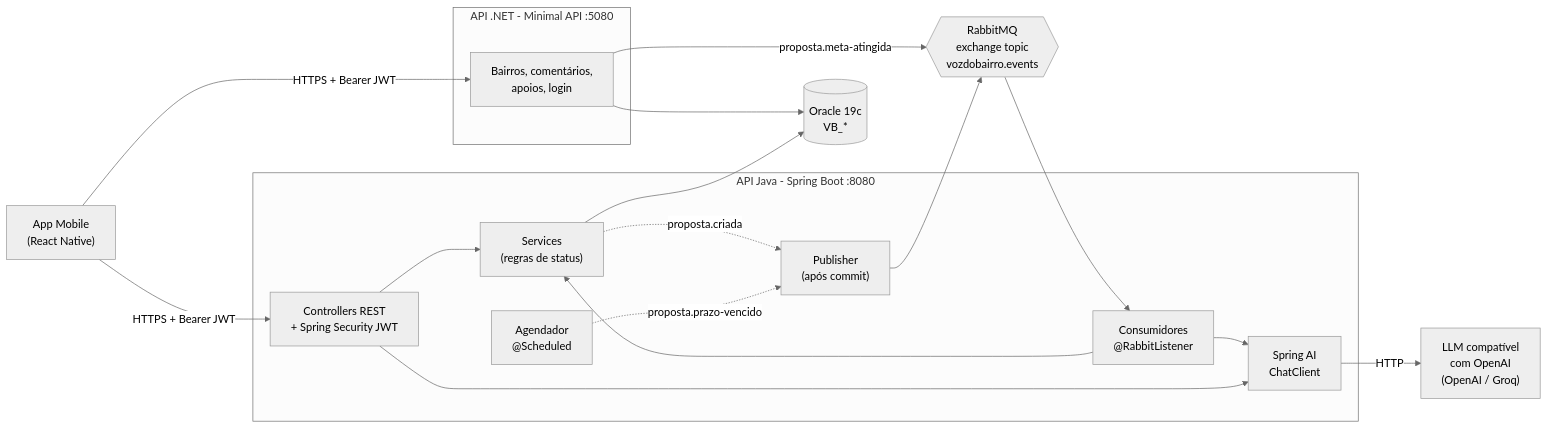
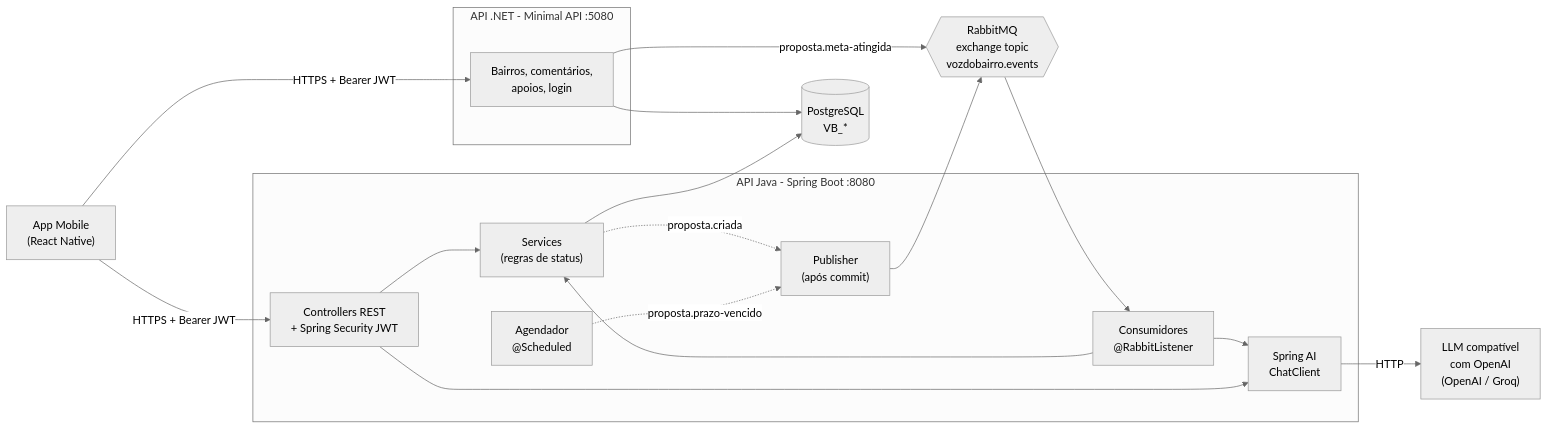
One commit to GS-Voz-Do-Bairro/voz-do-bairro-java changed the diagram in README.md. Above: the diagram before and after it, drawn with Mermaid (neutral theme). The commit also changed other lines of this file and 7 other files, not shown here.

Commit message:
Troca Oracle por PostgreSQL (schema.sql, data.sql, render.yaml com banco)

````diff
--- a/README.md
+++ b/README.md
@@ -38,35 +38,35 @@
 ```mermaid
 flowchart LR
     APP["App Mobile<br/>(React Native)"]
 
     subgraph JAVA["API Java - Spring Boot :8080"]
         JC["Controllers REST<br/>+ Spring Security JWT"]
         JS["Services<br/>(regras de status)"]
         JAI["Spring AI<br/>ChatClient"]
         JPUB["Publisher<br/>(após commit)"]
         JCON["Consumidores<br/>@RabbitListener"]
         JAG["Agendador<br/>@Scheduled"]
     end
 
     subgraph NET["API .NET - Minimal API :5080"]
         NC["Bairros, comentários,<br/>apoios, login"]
     end
 
-    DB[("Oracle 19c<br/>VB_*")]
+    DB[("PostgreSQL<br/>VB_*")]
     MQ{{"RabbitMQ<br/>exchange topic<br/>vozdobairro.events"}}
     LLM["LLM compatível<br/>com OpenAI<br/>(OpenAI / Groq)"]
 
     APP -->|HTTPS + Bearer JWT| JC
     APP -->|HTTPS + Bearer JWT| NC
     JC --> JS --> DB
     NC --> DB
     JS -.->|proposta.criada| JPUB
     JAG -.->|proposta.prazo-vencido| JPUB
     JPUB --> MQ
     NC -->|proposta.meta-atingida| MQ
     MQ --> JCON
     JCON --> JS
     JCON --> JAI
     JC --> JAI
     JAI -->|HTTP| LLM
 ```
````
